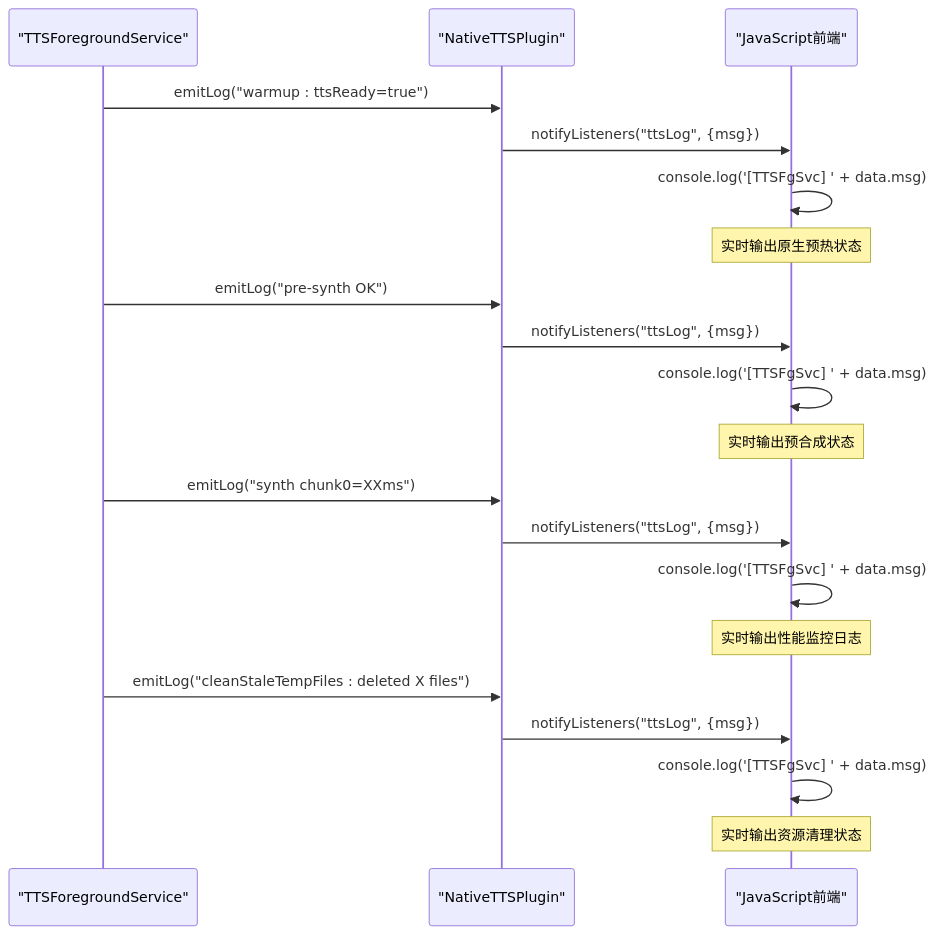
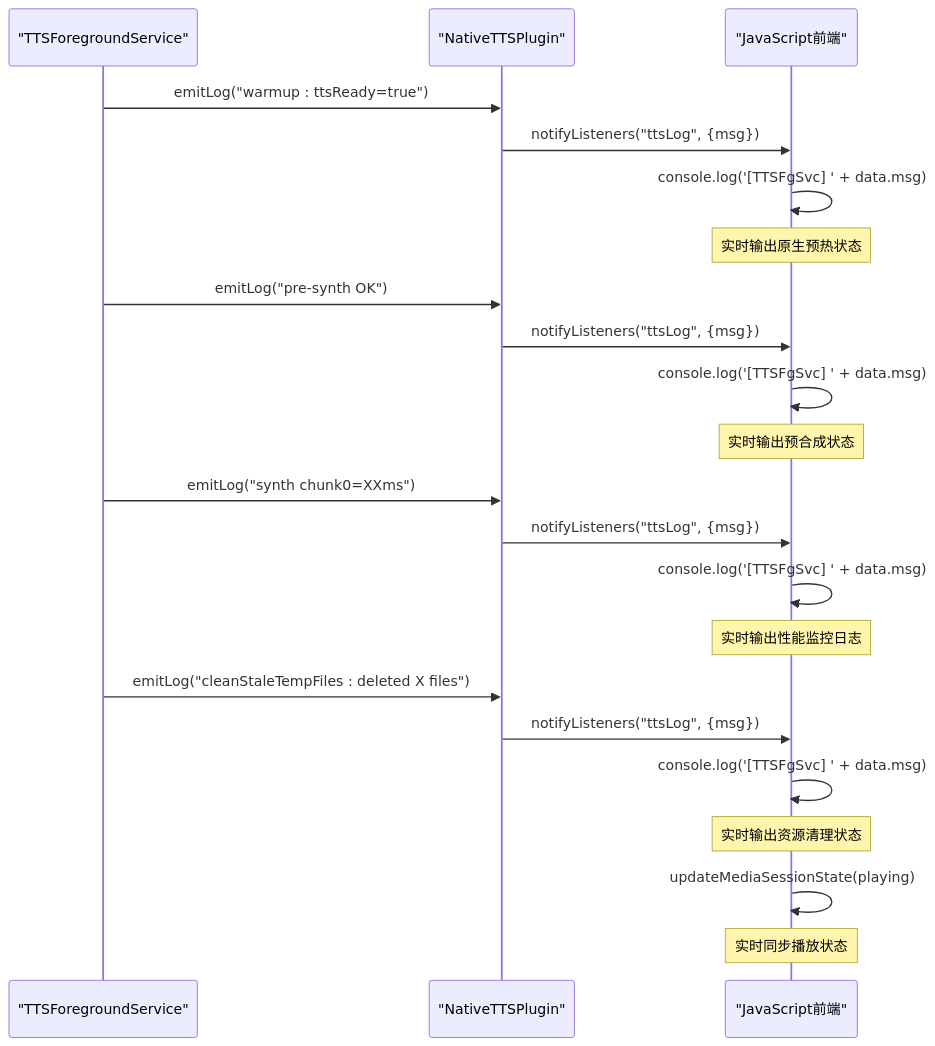
One commit to zhao-zg/cx changed the ninth of 11 diagrams in .qoder/repowiki/zh/content/移动应用开发/移动应用开发.md. Above: the diagram before and after it, drawn with Mermaid. The commit also changed other lines of this file and 30 other files, not shown here.

````diff
--- a/.qoder/repowiki/zh/content/移动应用开发/移动应用开发.md
+++ b/.qoder/repowiki/zh/content/移动应用开发/移动应用开发.md
@@ -581,22 +625,24 @@
 ```mermaid
 sequenceDiagram
 participant S as "TTSForegroundService"
 participant P as "NativeTTSPlugin"
 participant J as "JavaScript前端"
 S->>P : emitLog("warmup : ttsReady=true")
 P->>J : notifyListeners("ttsLog", {msg})
 J->>J : console.log('[TTSFgSvc] ' + data.msg)
 Note over J : 实时输出原生预热状态
 S->>P : emitLog("pre-synth OK")
 P->>J : notifyListeners("ttsLog", {msg})
 J->>J : console.log('[TTSFgSvc] ' + data.msg)
 Note over J : 实时输出预合成状态
 S->>P : emitLog("synth chunk0=XXms")
 P->>J : notifyListeners("ttsLog", {msg})
 J->>J : console.log('[TTSFgSvc] ' + data.msg)
 Note over J : 实时输出性能监控日志
 S->>P : emitLog("cleanStaleTempFiles : deleted X files")
 P->>J : notifyListeners("ttsLog", {msg})
 J->>J : console.log('[TTSFgSvc] ' + data.msg)
 Note over J : 实时输出资源清理状态
+J->>J : updateMediaSessionState(playing)
+Note over J : 实时同步播放状态
 ```
````
